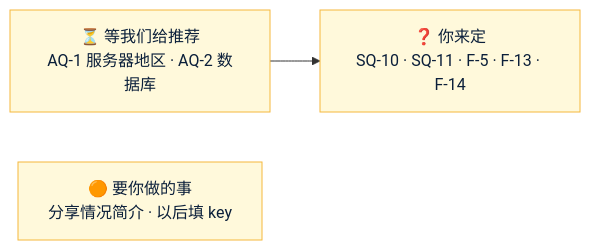
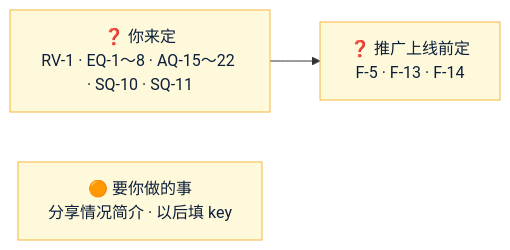
One commit to dollar3651314/forecast changed the diagram in Amos待办.md. Above: the diagram before and after it, drawn with Mermaid. The commit also changed other lines of this file, not shown here.

````diff
--- a/Amos待办.md
+++ b/Amos待办.md
@@ -10,7 +10,7 @@
 ```mermaid
 flowchart LR
-    A["⏳ 等我们给推荐<br/>AQ-1 服务器地区 · AQ-2 数据库"] --> B["❓ 你来定<br/>SQ-10 · SQ-11 · F-5 · F-13 · F-14"]
+    A["❓ 你来定<br/>RV-1 · EQ-1～8 · AQ-15～22 · SQ-10 · SQ-11"] --> B["❓ 推广上线前定<br/>F-5 · F-13 · F-14"]
     T["🟠 要你做的事<br/>分享情况简介 · 以后填 key"]
     classDef amos fill:#FFF9DB,stroke:#F5B83D,color:#0B1F3A
     class A,B,T amos
 ```
````
